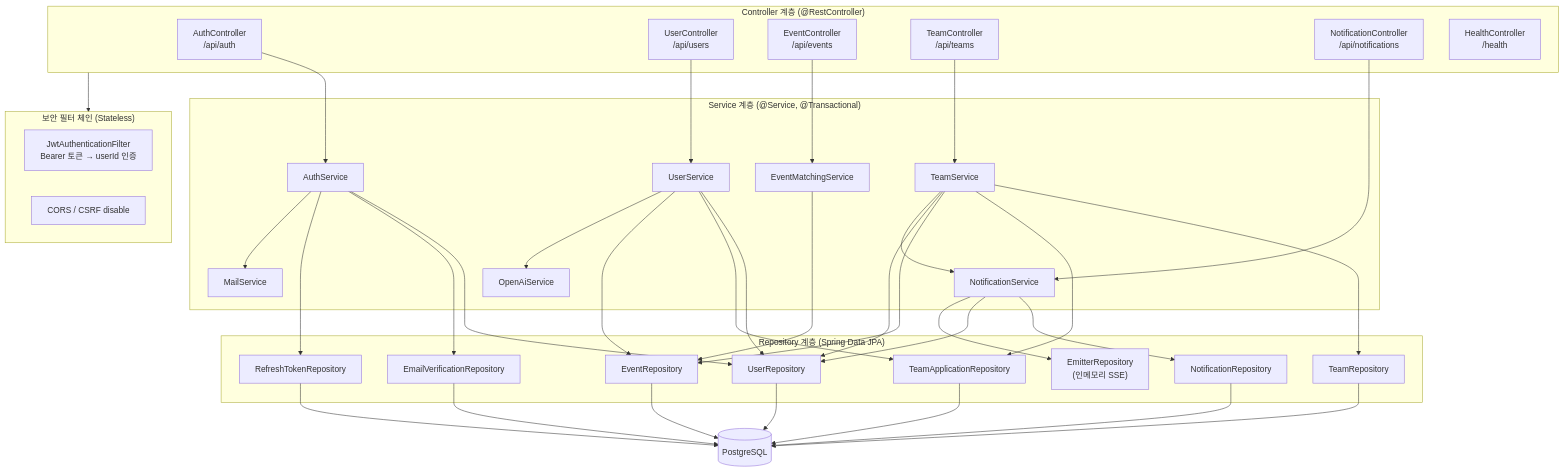
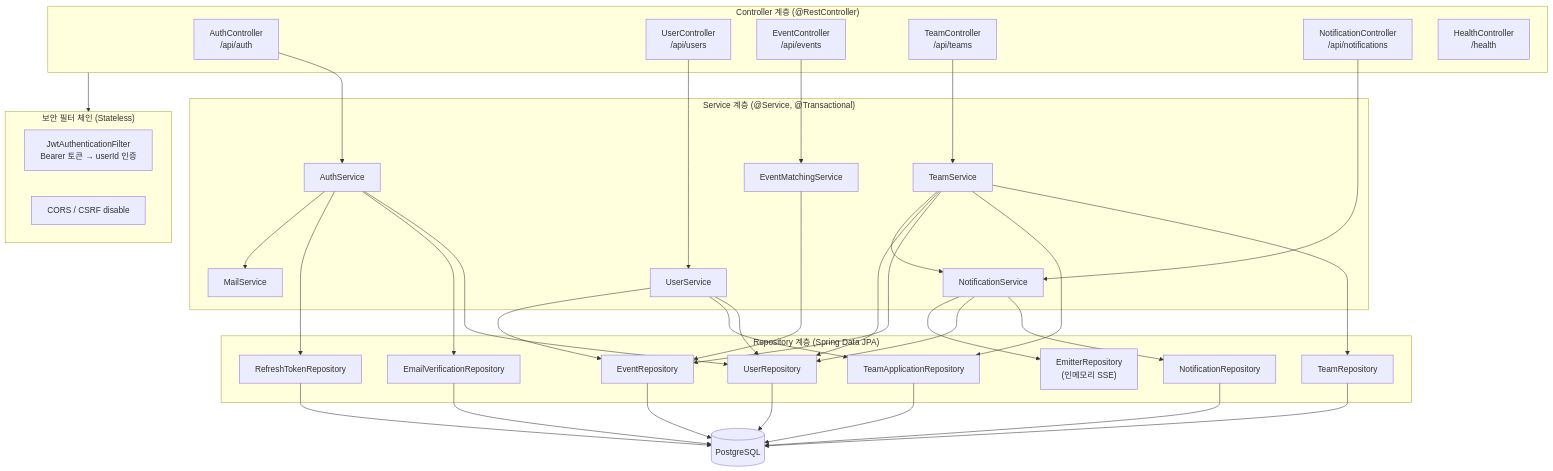
Before and after one commit to eagleindesert/mateon-backend: the second of 8 diagrams in docs/architecture.md, drawn with Mermaid. The commit also changed other lines of this file and 13 other files, not shown here.

````diff
--- a/docs/architecture.md
+++ b/docs/architecture.md
@@ -47,54 +45,53 @@
 ```mermaid
 graph TB
     subgraph Security["보안 필터 체인 (Stateless)"]
         JWTF["JwtAuthenticationFilter<br/>Bearer 토큰 → userId 인증"]
         CORS["CORS / CSRF disable"]
     end
 
     subgraph Controller["Controller 계층 (@RestController)"]
         AC["AuthController<br/>/api/auth"]
         UC["UserController<br/>/api/users"]
         EC["EventController<br/>/api/events"]
         TC["TeamController<br/>/api/teams"]
         NC["NotificationController<br/>/api/notifications"]
         HC["HealthController<br/>/health"]
     end
 
     subgraph Service["Service 계층 (@Service, @Transactional)"]
         AS["AuthService"]
         US["UserService"]
         EMS["EventMatchingService"]
         TS["TeamService"]
         NS["NotificationService"]
         MS["MailService"]
-        OAS["OpenAiService"]
     end
 
     subgraph Repository["Repository 계층 (Spring Data JPA)"]
         UR["UserRepository"]
         EVR["EmailVerificationRepository"]
         RTR["RefreshTokenRepository"]
         ER["EventRepository"]
         TR["TeamRepository"]
         TAR["TeamApplicationRepository"]
         NR["NotificationRepository"]
         EMR["EmitterRepository<br/>(인메모리 SSE)"]
     end
 
     DB[("PostgreSQL")]
 
     Controller --> Security
     AC --> AS
     UC --> US
     EC --> EMS
     TC --> TS
     NC --> NS
 
     AS --> UR & EVR & RTR & MS
-    US --> UR & TAR & ER & OAS
+    US --> UR & TAR & ER
     TS --> TR & TAR & ER & UR & NS
     NS --> NR & UR & EMR
     EMS --> ER
 
     UR & EVR & RTR & ER & TR & TAR & NR --> DB
 ```
````
